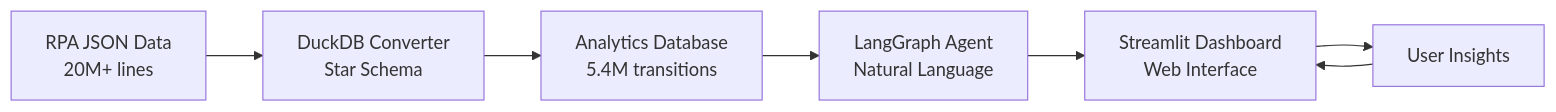
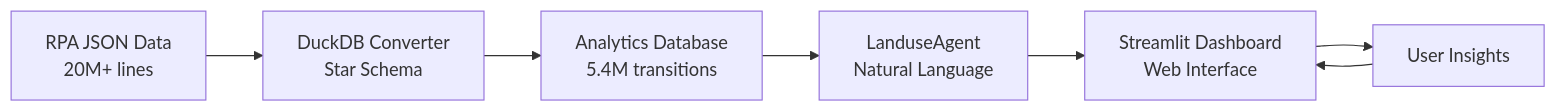
One commit to mihiarc/rpa-landuse changed the diagram in docs/index.md. Above: the diagram before and after it, drawn with Mermaid. The commit also changed other lines of this file and 21 other files, not shown here.

First line of the commit message:
feat: Enhance LanduseAgent and documentation for improved functionality

````diff
--- a/docs/index.md
+++ b/docs/index.md
@@ -71,9 +71,9 @@
 ```mermaid
 graph LR
     A[RPA JSON Data<br/>20M+ lines] --> B[DuckDB Converter<br/>Star Schema]
     B --> C[Analytics Database<br/>5.4M transitions]
-    C --> D[LangGraph Agent<br/>Natural Language]
+    C --> D[LanduseAgent<br/>Natural Language]
     D --> E[Streamlit Dashboard<br/>Web Interface]
     E --> F[User Insights]
     F --> E
 ```
````
